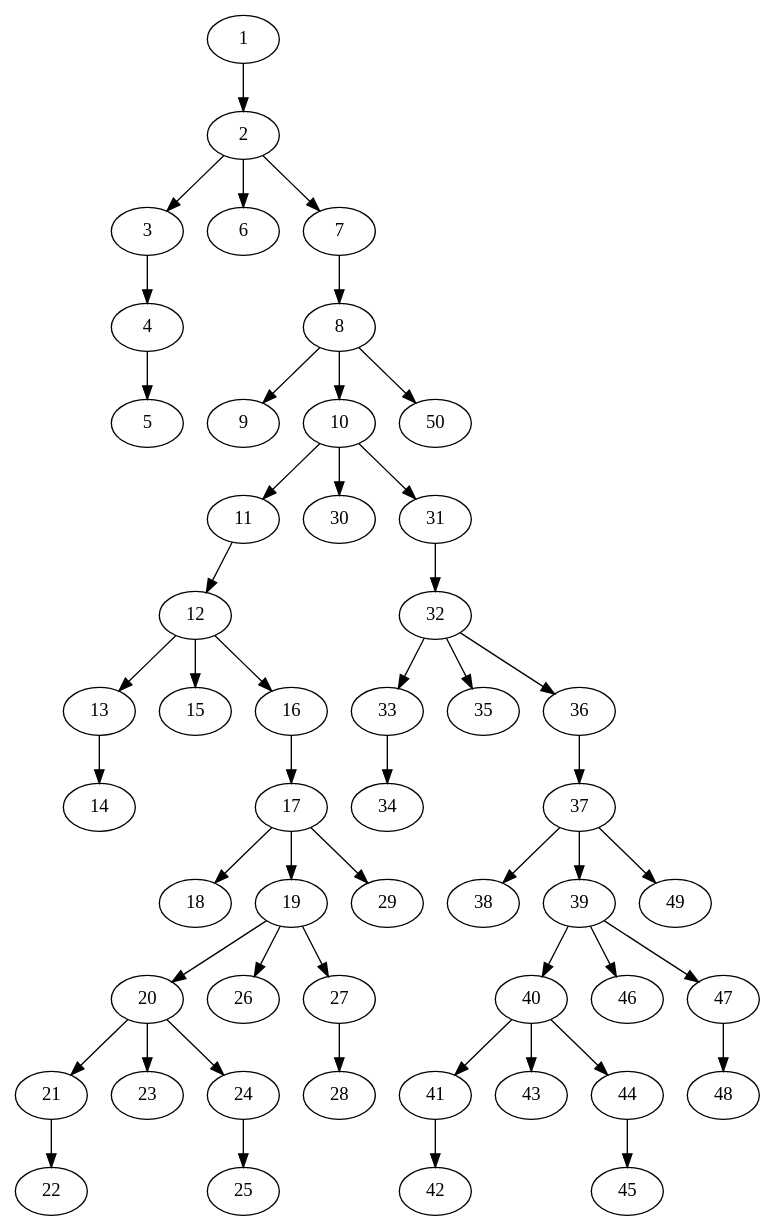
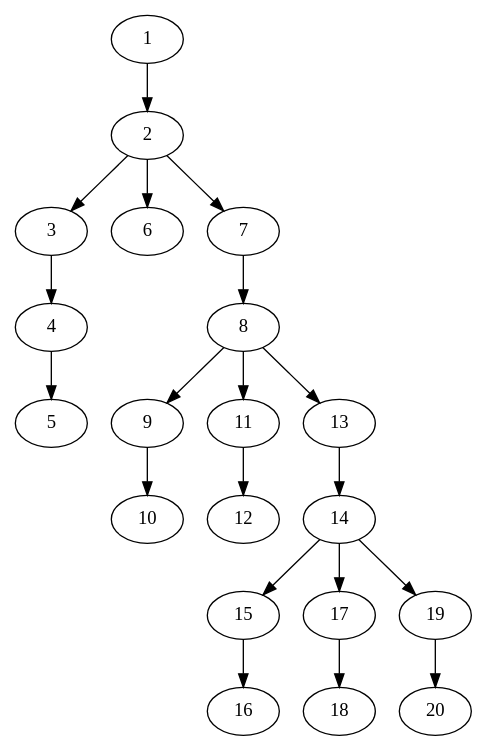
One commit to Ajax12345/caspian-lang changed the diagram in caspian/src/ast_stuff.dot. Above: the diagram before and after it, drawn with Graphviz. The commit also changed 5 other files, not shown here.

```diff
--- a/caspian/src/ast_stuff.dot
+++ b/caspian/src/ast_stuff.dot
@@ -1,51 +1,21 @@
 strict digraph "" {
 	1 -> 2;
 	2 -> 3;
 	2 -> 6;
 	2 -> 7;
 	3 -> 4;
 	4 -> 5;
 	7 -> 8;
 	8 -> 9;
-	8 -> 10;
-	8 -> 50;
-	10 -> 11;
-	10 -> 30;
-	10 -> 31;
+	8 -> 11;
+	8 -> 13;
+	9 -> 10;
 	11 -> 12;
-	12 -> 13;
-	12 -> 15;
-	12 -> 16;
 	13 -> 14;
-	16 -> 17;
+	14 -> 15;
+	14 -> 17;
+	14 -> 19;
+	15 -> 16;
 	17 -> 18;
-	17 -> 19;
-	17 -> 29;
 	19 -> 20;
-	19 -> 26;
-	19 -> 27;
-	20 -> 21;
-	20 -> 23;
-	20 -> 24;
-	21 -> 22;
-	24 -> 25;
-	27 -> 28;
-	31 -> 32;
-	32 -> 33;
-	32 -> 35;
-	32 -> 36;
-	33 -> 34;
-	36 -> 37;
-	37 -> 38;
-	37 -> 39;
-	37 -> 49;
-	39 -> 40;
-	39 -> 46;
-	39 -> 47;
-	40 -> 41;
-	40 -> 43;
-	40 -> 44;
-	41 -> 42;
-	44 -> 45;
-	47 -> 48;
 }
```
